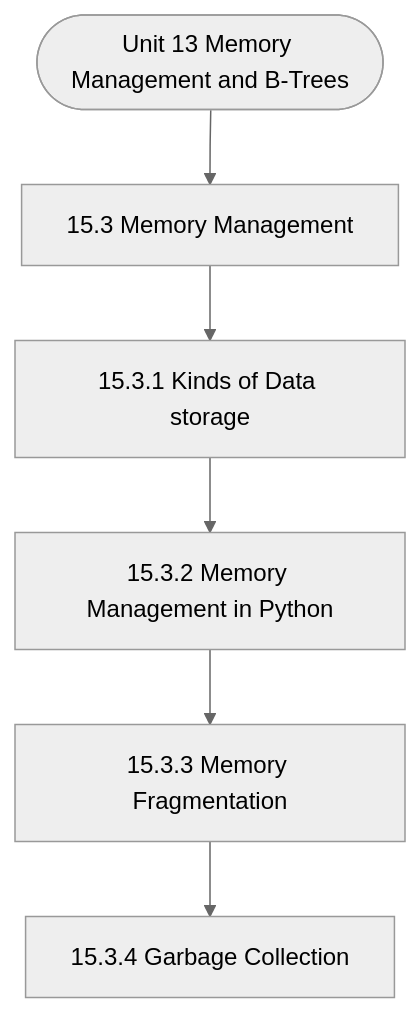
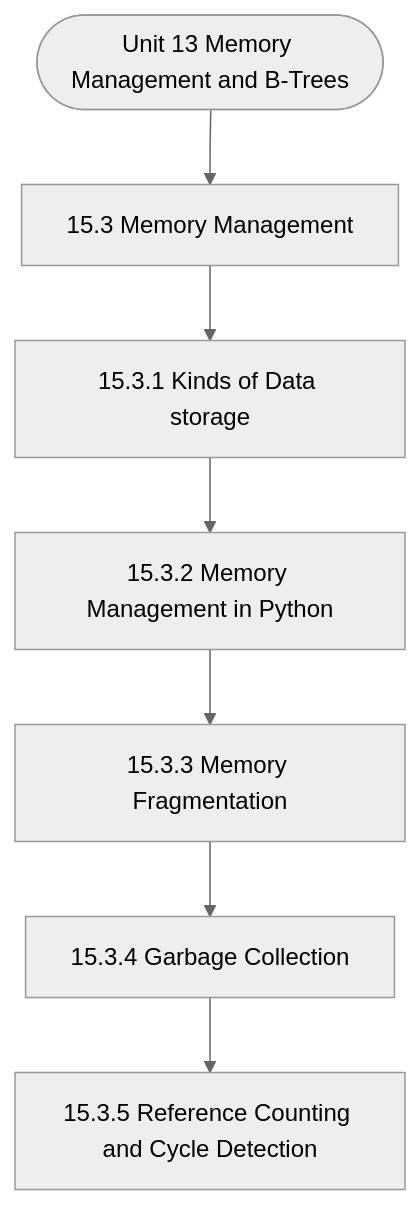
The diagram in notes/Semester_1/MCS-063_Data_Structures_using_Python/unit_13_Memory_Management_and_B-Trees.md (Asutosh-Coaching/mscdsa), drawn with Mermaid (neutral theme) before and after one commit. The commit also changed other lines of this file and 116 other files, not shown here.

````diff
--- a/notes/Semester_1/MCS-063_Data_Structures_using_Python/unit_13_Memory_Management_and_B-Trees.md
+++ b/notes/Semester_1/MCS-063_Data_Structures_using_Python/unit_13_Memory_Management_and_B-Trees.md
@@ -19,14 +19,16 @@
 ```mermaid
 flowchart TD
   Start(["Unit 13 Memory Management and B-Trees"])
   N1["15.3 Memory Management"]
   N2["15.3.1 Kinds of Data storage"]
   N3["15.3.2 Memory Management in Python"]
   N4["15.3.3 Memory Fragmentation"]
   N5["15.3.4 Garbage Collection"]
+  N6["15.3.5 Reference Counting and Cycle Detection"]
   Start --> N1
   N1 --> N2
   N2 --> N3
   N3 --> N4
   N4 --> N5
+  N5 --> N6
 ```
````
